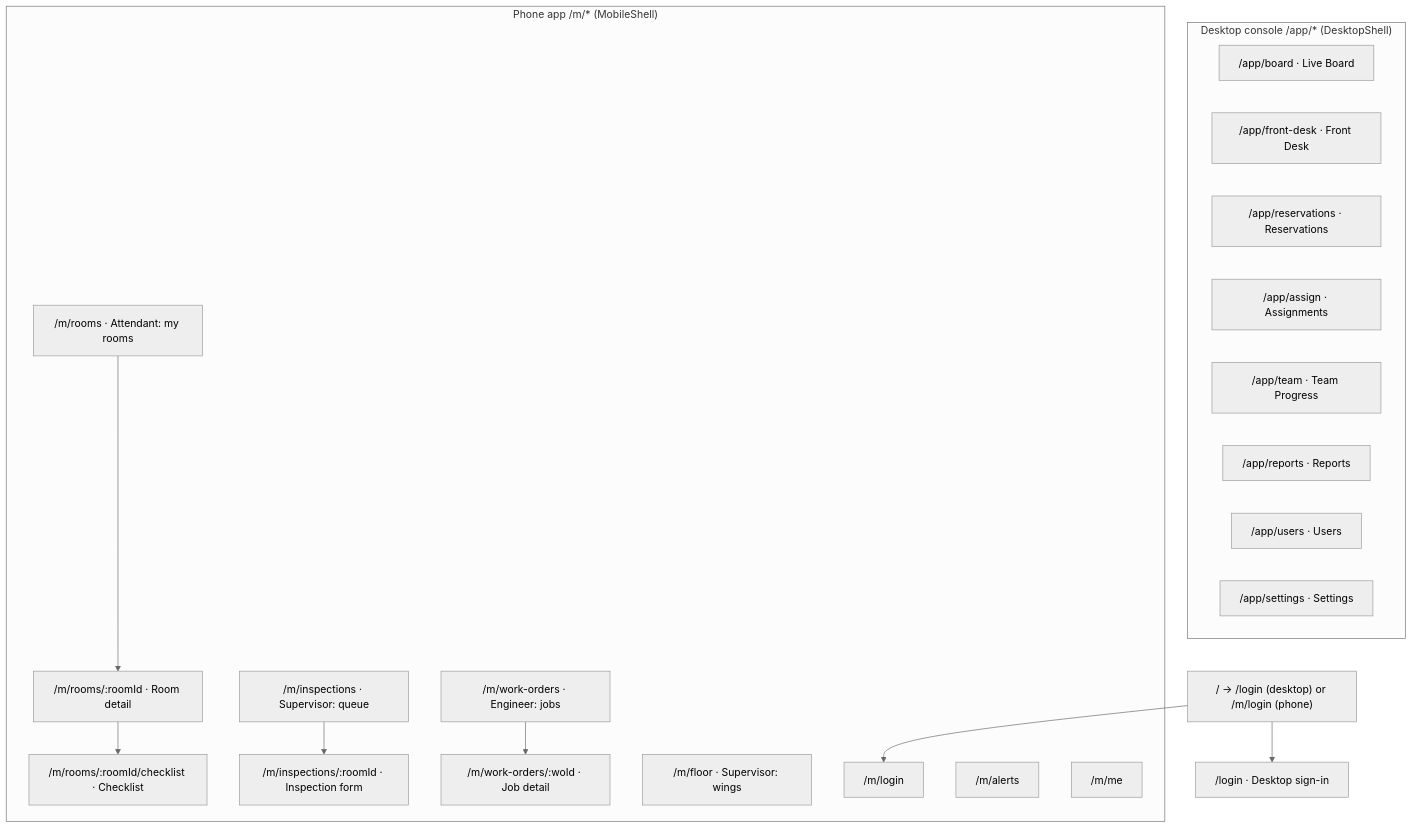
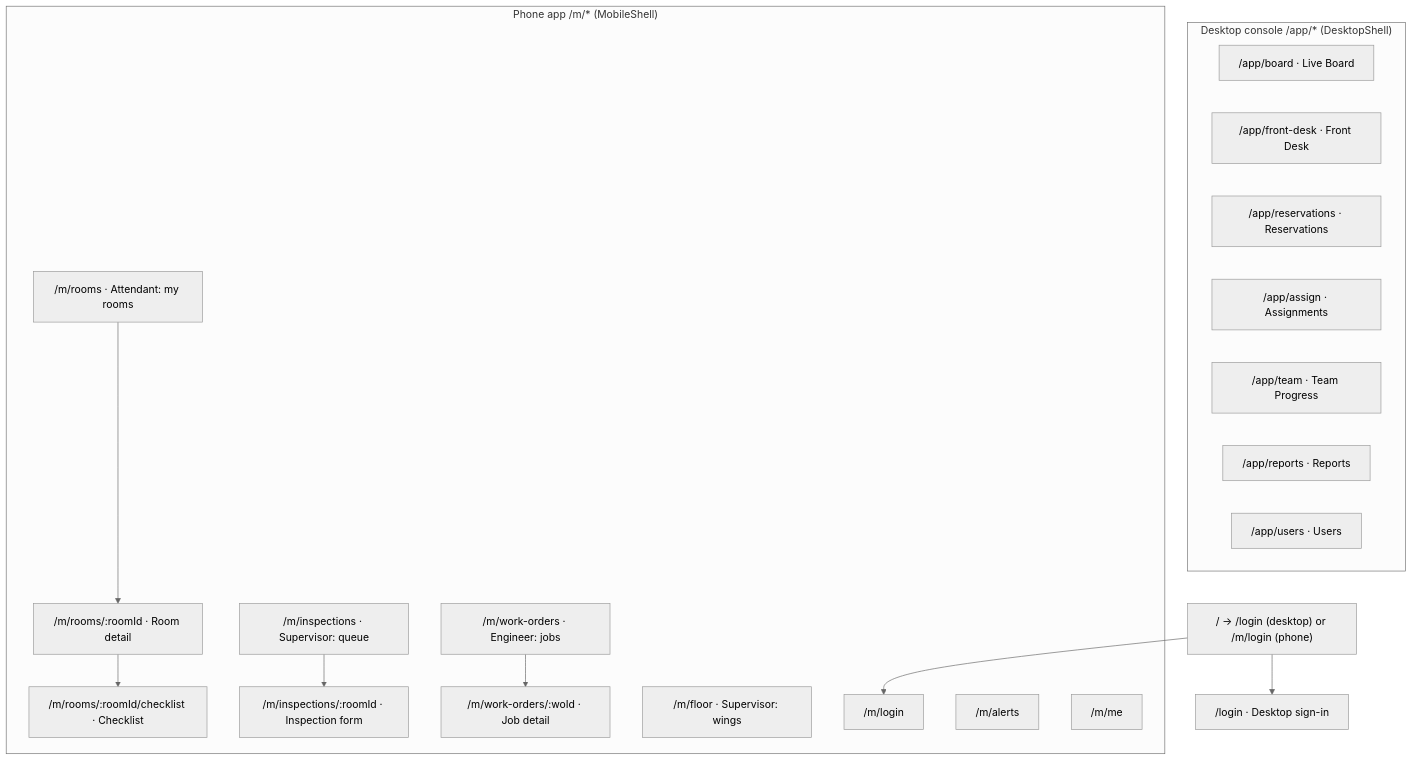
The diagram in docs/sitemap.md (abdulsalahuddin94-dev/Riwaq-hotel), drawn with Mermaid (neutral theme) before and after one commit. The commit also changed other lines of this file and 12 other files, not shown here.

````diff
--- a/docs/sitemap.md
+++ b/docs/sitemap.md
@@ -5,33 +5,32 @@
 ```mermaid
 flowchart TD
   root["/ → /login (desktop) or /m/login (phone)"]
   root --> login
   root --> mlogin
   subgraph app["Desktop console /app/* (DesktopShell)"]
     board["/app/board · Live Board"]
     fd["/app/front-desk · Front Desk"]
     res["/app/reservations · Reservations"]
     assign["/app/assign · Assignments"]
     team["/app/team · Team Progress"]
     reports["/app/reports · Reports"]
     users["/app/users · Users"]
-    set["/app/settings · Settings"]
   end
   login["/login · Desktop sign-in"]
   subgraph m["Phone app /m/* (MobileShell)"]
     mlogin["/m/login"]
     rooms["/m/rooms · Attendant: my rooms"]
     room["/m/rooms/:roomId · Room detail"]
     check["/m/rooms/:roomId/checklist · Checklist"]
     insp["/m/inspections · Supervisor: queue"]
     inspf["/m/inspections/:roomId · Inspection form"]
     floor["/m/floor · Supervisor: wings"]
     mwo["/m/work-orders · Engineer: jobs"]
     mwod["/m/work-orders/:woId · Job detail"]
     alerts["/m/alerts"]
     me["/m/me"]
   end
   rooms --> room --> check
   insp --> inspf
   mwo --> mwod
 ```
````
